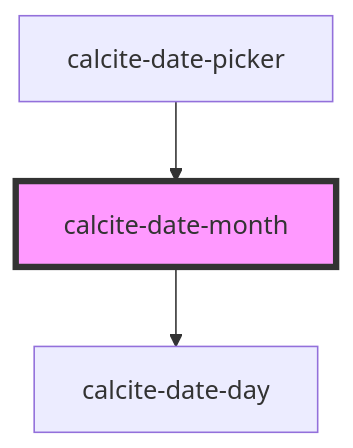
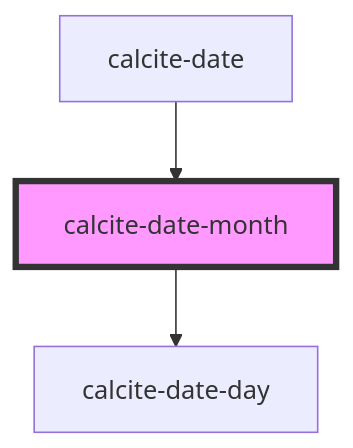
Before and after one commit to vikivakarvc/calcite-design-system: the diagram in src/components/calcite-date-month/readme.md, drawn with Mermaid. The commit also changed other lines of this file and 15 other files, not shown here.

Commit message:
:rotating_light: move calcite-date-picker to calcite-date

````diff
--- a/src/components/calcite-date-month/readme.md
+++ b/src/components/calcite-date-month/readme.md
@@ -38,6 +38,6 @@
 ```mermaid
 graph TD;
   calcite-date-month --> calcite-date-day
-  calcite-date-picker --> calcite-date-month
+  calcite-date --> calcite-date-month
   style calcite-date-month fill:#f9f,stroke:#333,stroke-width:4px
 ```
````
